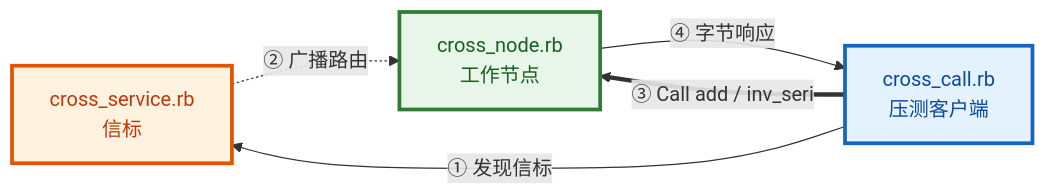
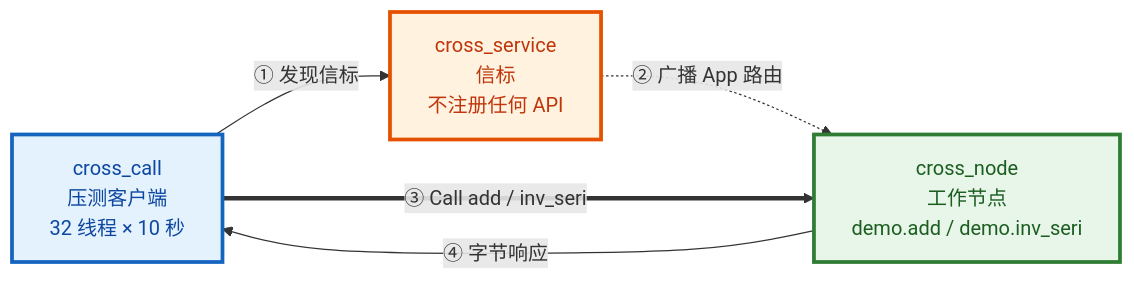
Before and after one commit to PassByYou888/LingoFuse: diagram 21 of 23 in ruby/README.md, drawn with Mermaid. The commit also changed other lines of this file, not shown here.

````diff
--- a/ruby/README.md
+++ b/ruby/README.md
@@ -1361,19 +1772,19 @@
 ```mermaid
 flowchart LR
-    S["cross_service.rb<br/>信标"]
-    N["cross_node.rb<br/>工作节点"]
-    C["cross_call.rb<br/>压测客户端"]
+    Call["cross_call<br/>压测客户端<br/>32 线程 × 10 秒"]
+    Service["cross_service<br/>信标<br/>不注册任何 API"]
+    Node["cross_node<br/>工作节点<br/>demo.add / demo.inv_seri"]
 
-    C -->|"① 发现信标"| S
-    S -.->|"② 广播路由"| N
-    C ==>|"③ Call add / inv_seri"| N
-    N -->|"④ 字节响应"| C
+    Call -->|"① 发现信标"| Service
+    Service -.->|"② 广播 App 路由"| Node
+    Call ==>|"③ Call add / inv_seri"| Node
+    Node -->|"④ 字节响应"| Call
 
     classDef beacon fill:#FFF3E0,stroke:#E65100,stroke-width:3px,color:#BF360C
     classDef worker fill:#E8F5E9,stroke:#2E7D32,stroke-width:3px,color:#1B5E20
     classDef client fill:#E3F2FD,stroke:#1565C0,stroke-width:3px,color:#0D47A1
 
-    class S beacon
-    class N worker
-    class C client
+    class Service beacon
+    class Node worker
+    class Call client
 ```
````
